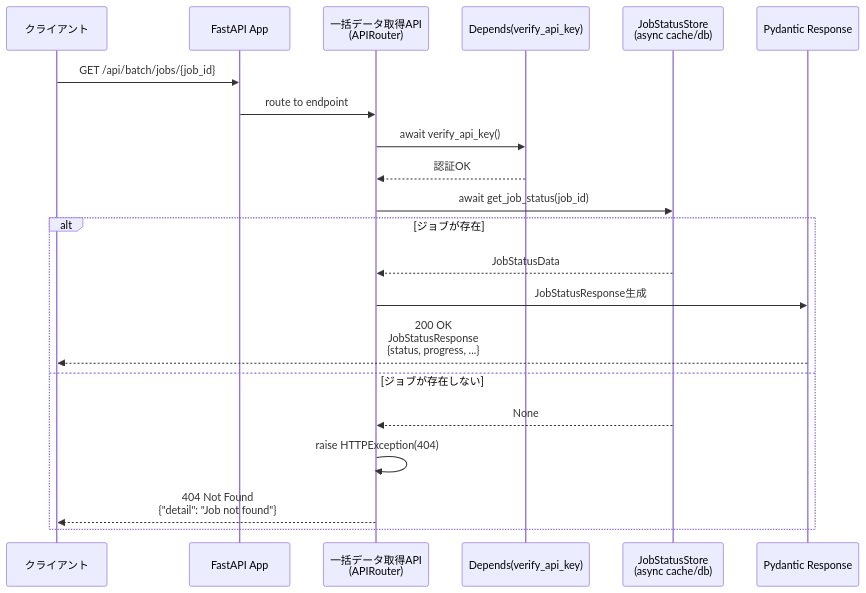
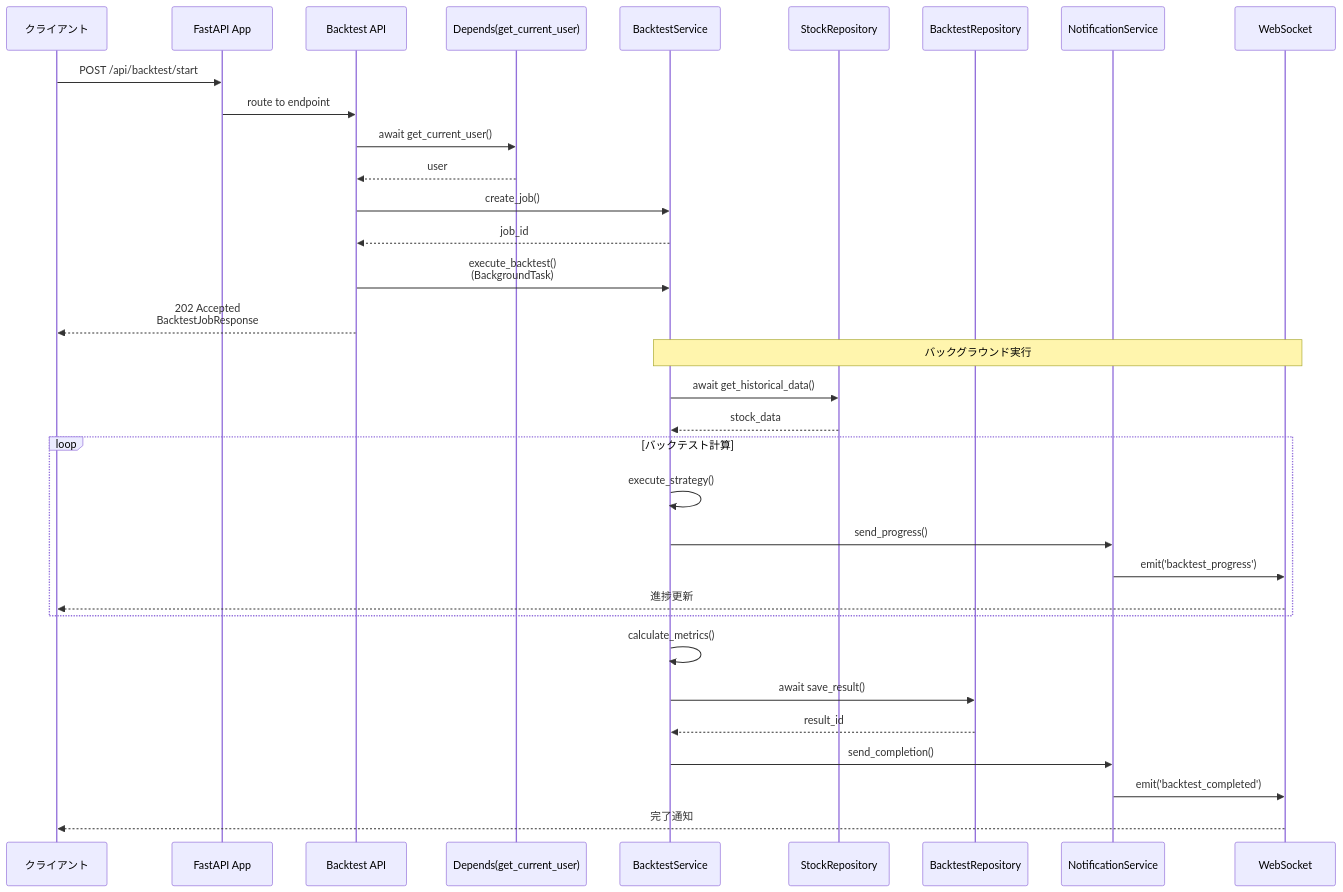
Before and after one commit to TIMMY-WEST/STOCK-INVESTMENT-ANALYZER: the ninth of 9 diagrams in docs/architecture/layers/api_layer.md, drawn with Mermaid. The commit also changed other lines of this file and 1 other file, not shown here.

````diff
--- a/docs/architecture/layers/api_layer.md
+++ b/docs/architecture/layers/api_layer.md
@@ -642,27 +649,44 @@
 ```mermaid
 sequenceDiagram
     participant Client as クライアント
     participant FastAPI as FastAPI App
-    participant BatchAPI as 一括データ取得API<br/>(APIRouter)
-    participant Auth as Depends(verify_api_key)
-    participant JobStore as JobStatusStore<br/>(async cache/db)
-    participant Pydantic as Pydantic Response
+    participant BacktestAPI as Backtest API
+    participant Auth as Depends(get_current_user)
+    participant BacktestSvc as BacktestService
+    participant StockRepo as StockRepository
+    participant BacktestRepo as BacktestRepository
+    participant NotifySvc as NotificationService
+    participant WebSocket as WebSocket
 
-    Client->>FastAPI: GET /api/batch/jobs/{job_id}
-    FastAPI->>BatchAPI: route to endpoint
+    Client->>FastAPI: POST /api/backtest/start
+    FastAPI->>BacktestAPI: route to endpoint
 
-    BatchAPI->>Auth: await verify_api_key()
-    Auth-->>BatchAPI: 認証OK
+    BacktestAPI->>Auth: await get_current_user()
+    Auth-->>BacktestAPI: user
 
-    BatchAPI->>JobStore: await get_job_status(job_id)
+    BacktestAPI->>BacktestSvc: create_job()
+    BacktestSvc-->>BacktestAPI: job_id
 
-    alt ジョブが存在
-        JobStore-->>BatchAPI: JobStatusData
-        BatchAPI->>Pydantic: JobStatusResponse生成
-        Pydantic-->>Client: 200 OK<br/>JobStatusResponse<br/>{status, progress, ...}
-    else ジョブが存在しない
-        JobStore-->>BatchAPI: None
-        BatchAPI->>BatchAPI: raise HTTPException(404)
-        BatchAPI-->>Client: 404 Not Found<br/>{"detail": "Job not found"}
+    BacktestAPI->>BacktestSvc: execute_backtest()<br/>(BackgroundTask)
+    BacktestAPI-->>Client: 202 Accepted<br/>BacktestJobResponse
+
+    Note over BacktestSvc,WebSocket: バックグラウンド実行
+
+    BacktestSvc->>StockRepo: await get_historical_data()
+    StockRepo-->>BacktestSvc: stock_data
+
+    loop バックテスト計算
+        BacktestSvc->>BacktestSvc: execute_strategy()
+        BacktestSvc->>NotifySvc: send_progress()
+        NotifySvc->>WebSocket: emit('backtest_progress')
+        WebSocket-->>Client: 進捗更新
     end
+
+    BacktestSvc->>BacktestSvc: calculate_metrics()
+    BacktestSvc->>BacktestRepo: await save_result()
+    BacktestRepo-->>BacktestSvc: result_id
+
+    BacktestSvc->>NotifySvc: send_completion()
+    NotifySvc->>WebSocket: emit('backtest_completed')
+    WebSocket-->>Client: 完了通知
 ```
````
